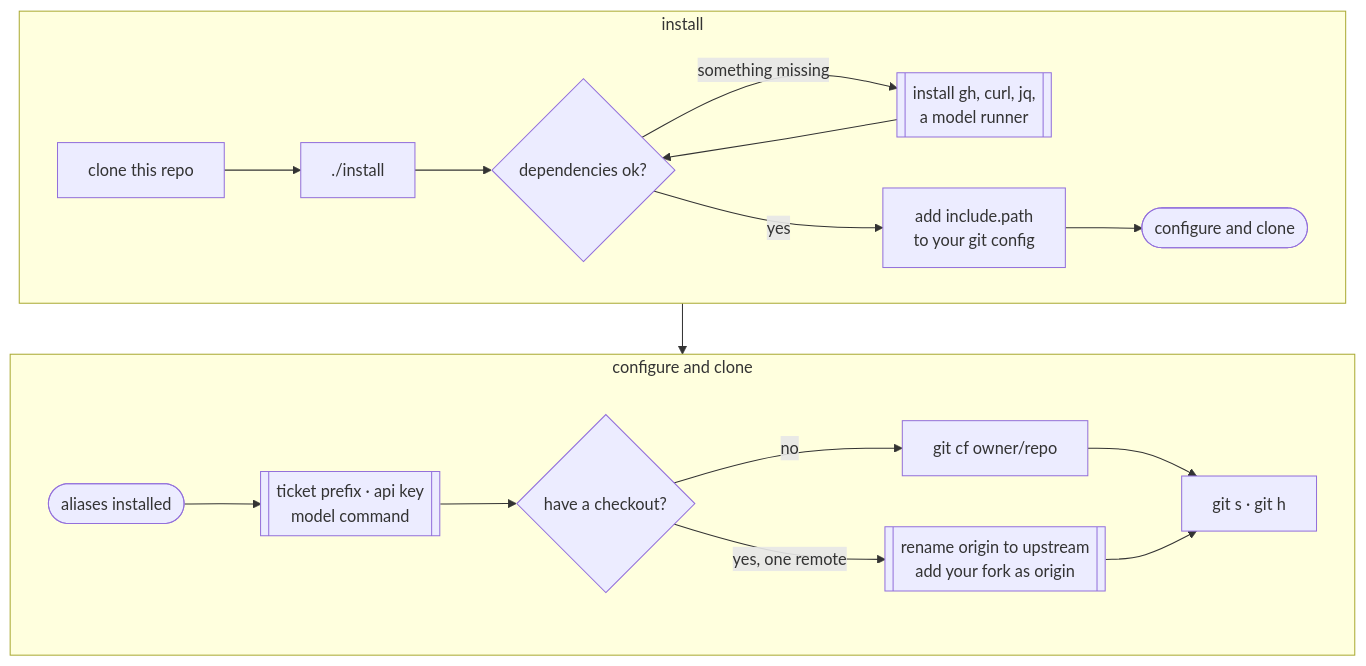
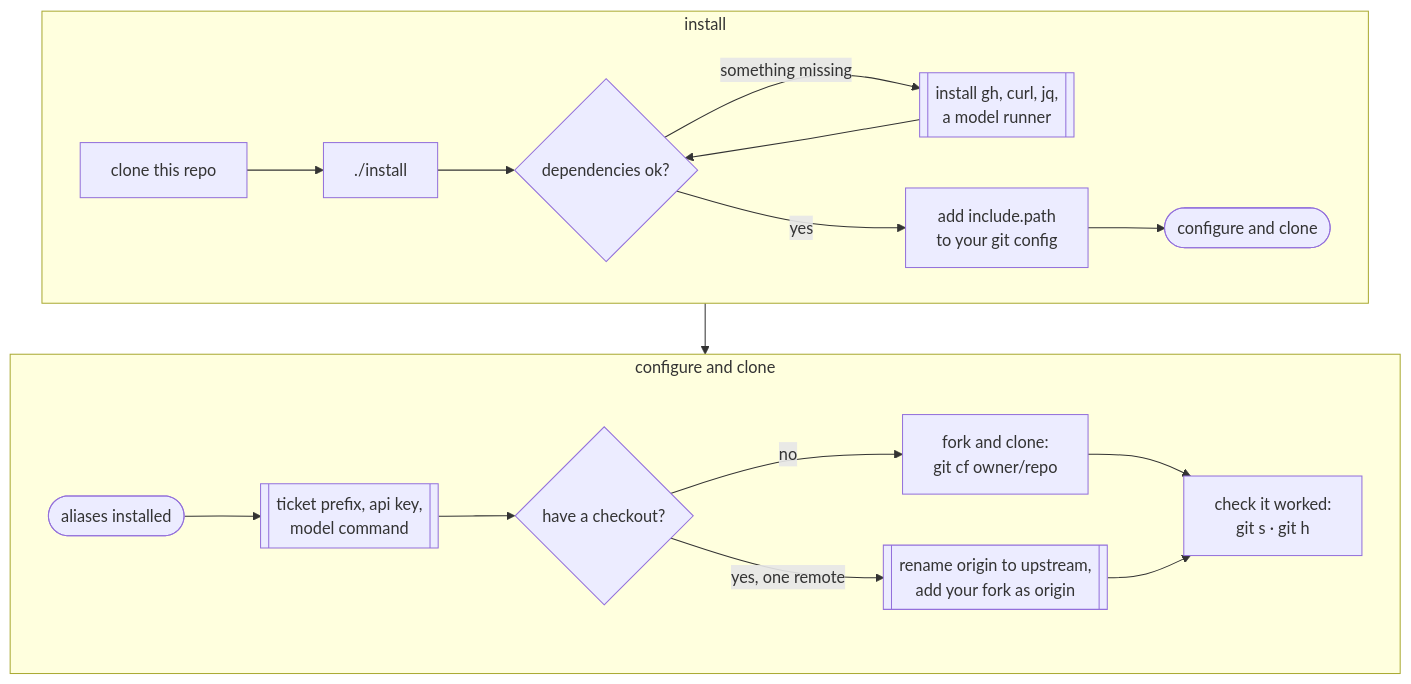
One commit to adrian-enspired/gitconfig changed the diagram in docs/setup.md. Above: the diagram before and after it, drawn with Mermaid. The commit also changed 3 other files, not shown here.

````diff
--- a/docs/setup.md
+++ b/docs/setup.md
@@ -8,22 +8,22 @@
 ```mermaid
 flowchart TD
     subgraph one ["install"]
         direction LR
         A[clone this repo] --> B["./install"]
         B --> C{dependencies ok?}
         C -- something missing --> D[["install gh, curl, jq,<br/>a model runner"]]
         D --> C
         C -- yes --> E[add include.path<br/>to your git config]
         E --> F(["configure and clone"])
     end
     subgraph two ["configure and clone"]
         direction LR
-        G(["aliases installed"]) --> H[["ticket prefix · api key<br/>model command"]]
+        G(["aliases installed"]) --> H[["ticket prefix, api key,<br/>model command"]]
         H --> I{have a checkout?}
-        I -- no --> J["git cf owner/repo"]
-        I -- yes, one remote --> K[["rename origin to upstream<br/>add your fork as origin"]]
-        J --> L["git s · git h"]
+        I -- no --> J["fork and clone:<br/>git cf owner/repo"]
+        I -- yes, one remote --> K[["rename origin to upstream,<br/>add your fork as origin"]]
+        J --> L["check it worked:<br/>git s · git h"]
         K --> L
     end
     one --> two
 ```
````
